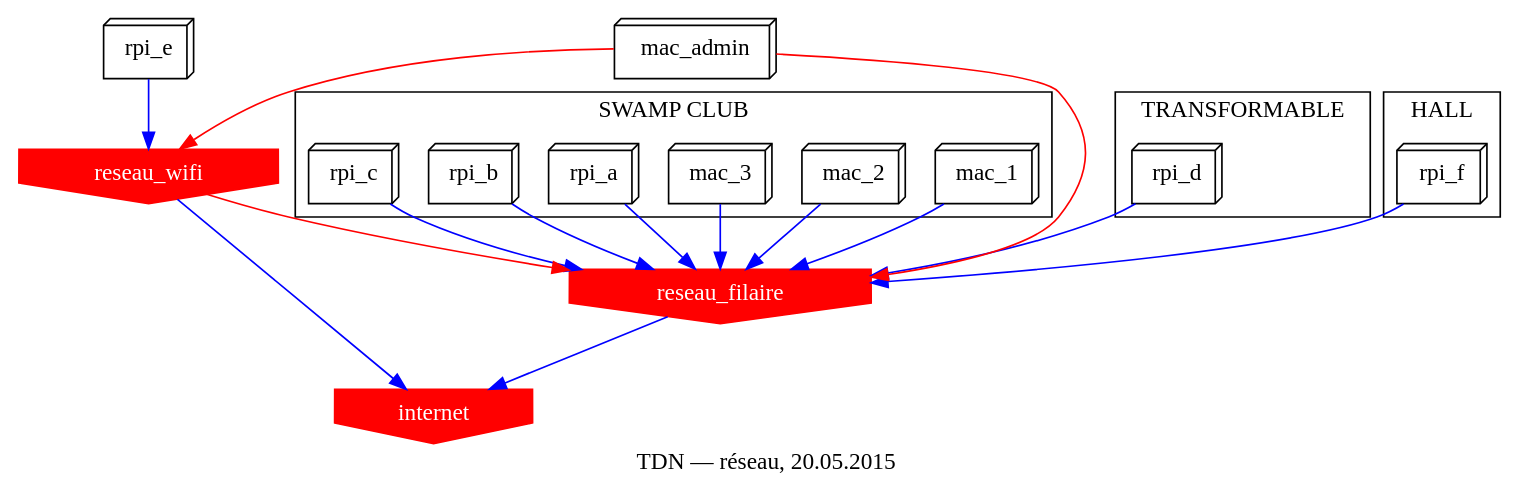
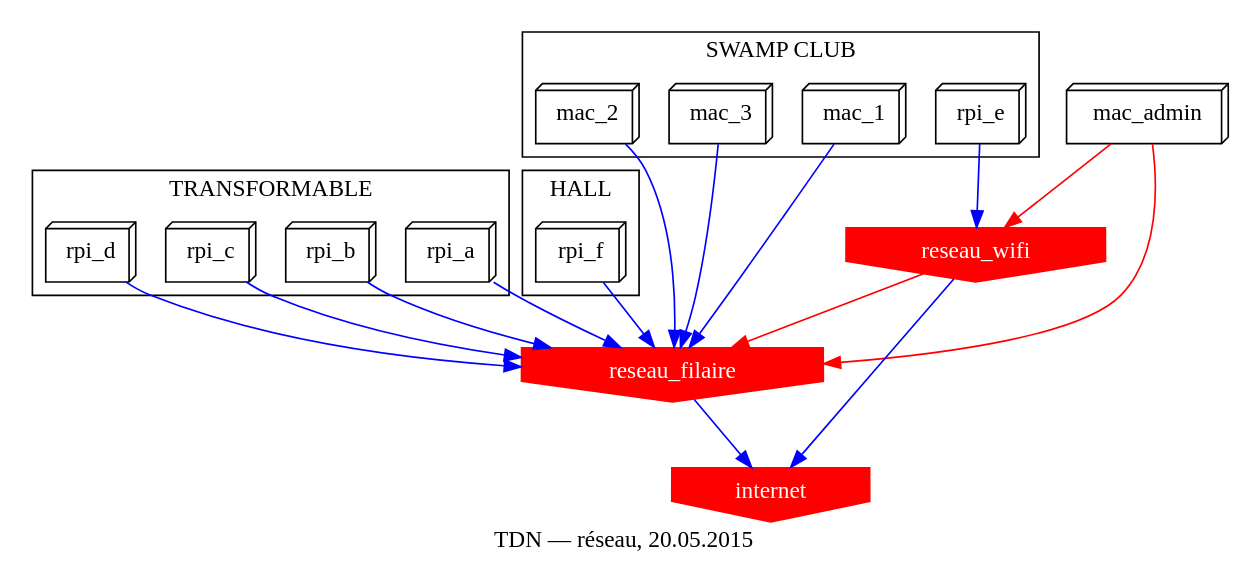
The diagram in network.dot (dcfvg/live-cli), drawn with Graphviz before and after one commit. The commit also changed 4 other files, not shown here.

```diff
--- a/network.dot
+++ b/network.dot
@@ -1,71 +1,70 @@
 digraph {
 
 	label="TDN — réseau, 20.05.2015"
 	edge[fontsize=10, color="blue"]
 	#nodesep=.4
 	#rankdir=LR;
 
 	subgraph devices{
 
 		node[shape="box3d" ]
 		
-		mac_1
+		mac_1 
 		mac_2
 		mac_3
 
-		rpi_a
-		rpi_b
-		rpi_c
-		rpi_d
-		rpi_e
-		rpi_f
+		rpi_a # gui
+		rpi_b # gui
+		rpi_c # gui
+		rpi_d # ensad
+
+		rpi_e # benoit
+		rpi_f # benoit
+
+##		rpi_g # NA
 
 		mac_admin
 
 	}
 
 	subgraph network {
 		node[shape="invhouse" style="filled" color="red" fontcolor="white" ]
 		
 		reseau_filaire
 		reseau_wifi
 		internet
 	}
-
-
 	subgraph cluster_swamp {
 
 		label="SWAMP CLUB"
 
 		mac_1 mac_2 mac_3 
-		rpi_a rpi_b rpi_c
-
-
+		rpi_e
 	}
 
  		
 	subgraph cluster_transfo {
 		label="TRANSFORMABLE"
 
-		rpi_d
+		rpi_d rpi_c rpi_a rpi_b
 	}
 
 	subgraph cluster_hall{
 
 		label="HALL"
 		rpi_f
 
 	}
 
 	 {mac_1, mac_2, mac_3, rpi_a, rpi_b, rpi_c, rpi_d, rpi_f} -> reseau_filaire
 
 	 reseau_filaire ->  internet
 	 rpi_e -> reseau_wifi
 	 reseau_wifi -> internet
 
 	edge[fontsize=10, color="red"]
 
 		mac_admin -> reseau_wifi -> reseau_filaire 
 	 	mac_admin -> reseau_filaire
 
 }
```
